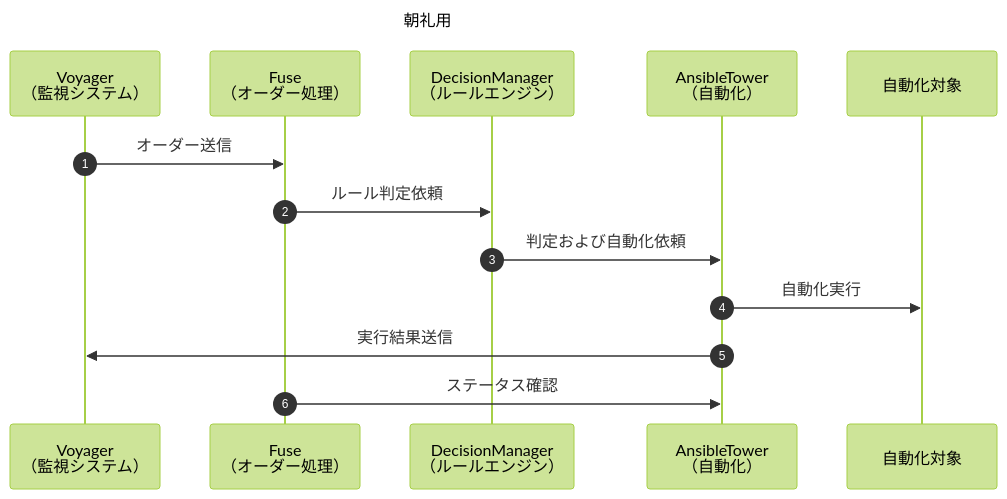
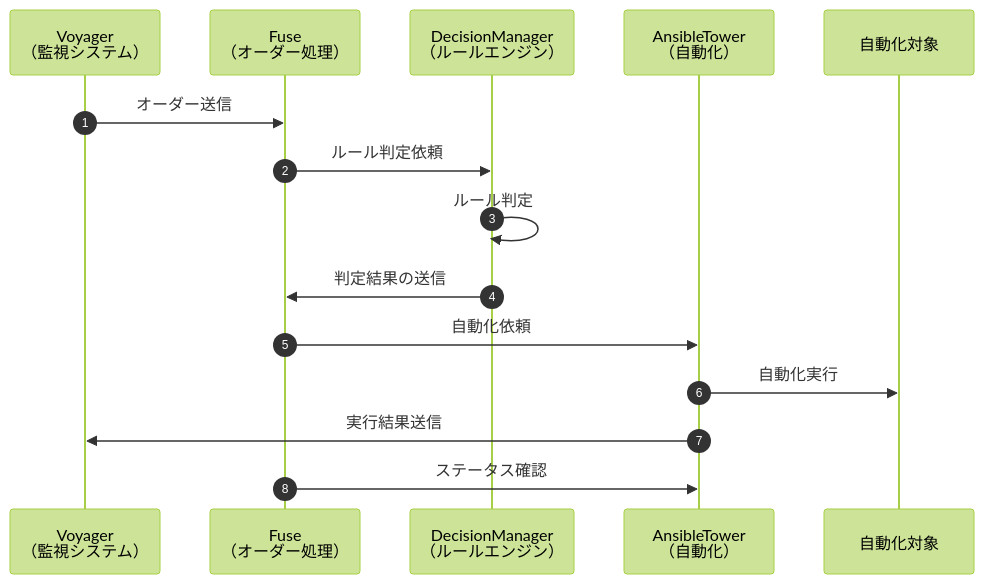
Before and after one commit to panda-git-hub/handbook: the diagram in hoge.md, drawn with Mermaid (forest theme).

````diff
--- a/hoge.md
+++ b/hoge.md
@@ -1,17 +1,18 @@
 ```mermaid
 sequenceDiagram
   autonumber
-  Title: 朝礼用
   participant A as Voyager<br>（監視システム）
   participant B as Fuse<br>（オーダー処理）
   participant C as DecisionManager<br>（ルールエンジン）
   participant D as AnsibleTower<br>（自動化）
   participant E as 自動化対象
 
   A->>B: オーダー送信
   B->>C: ルール判定依頼
-  C->>D: 判定および自動化依頼
+  C->>C: ルール判定
+  C->>B: 判定結果の送信
+  B->>D: 自動化依頼
   D->>E: 自動化実行  
   D->>A: 実行結果送信
   B->>D: ステータス確認 
 ```
````
